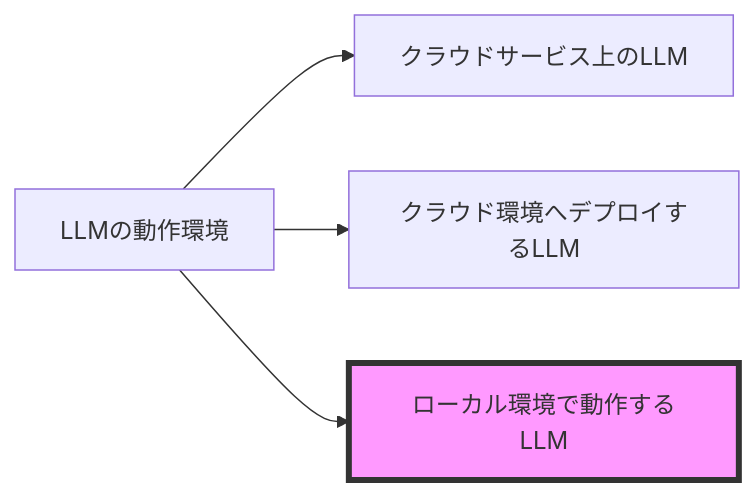
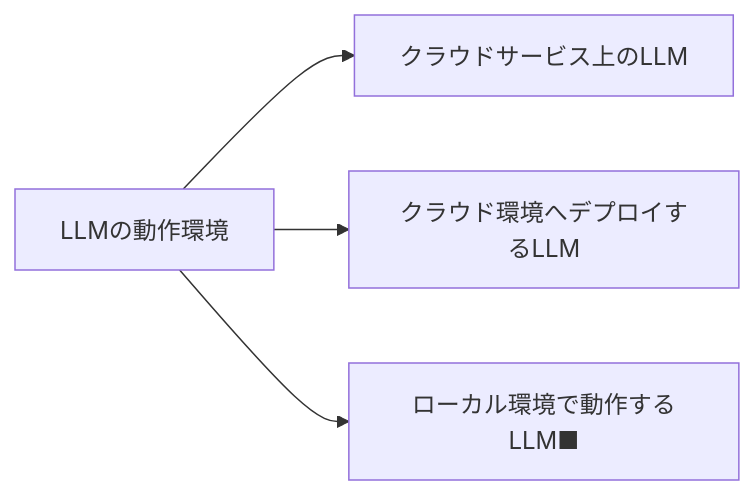
Before and after one commit to SparklingDetergent/doc_genai_Using_Generative_AI_with_Mac_Mini_-Introduction-: the third of 10 diagrams in README.md, drawn with Mermaid. The commit also changed other lines of this file, not shown here.

````diff
--- a/README.md
+++ b/README.md
@@ -47,7 +44,6 @@
 ```mermaid
 graph LR
     A[LLMの動作環境] --> B[クラウドサービス上のLLM]
     A --> C[クラウド環境へデプロイするLLM]
-    A --> D[ローカル環境で動作するLLM]
-    style D fill:#f9f,stroke:#333,stroke-width:4px
+    A --> D[ローカル環境で動作するLLM■]
 ```
````
